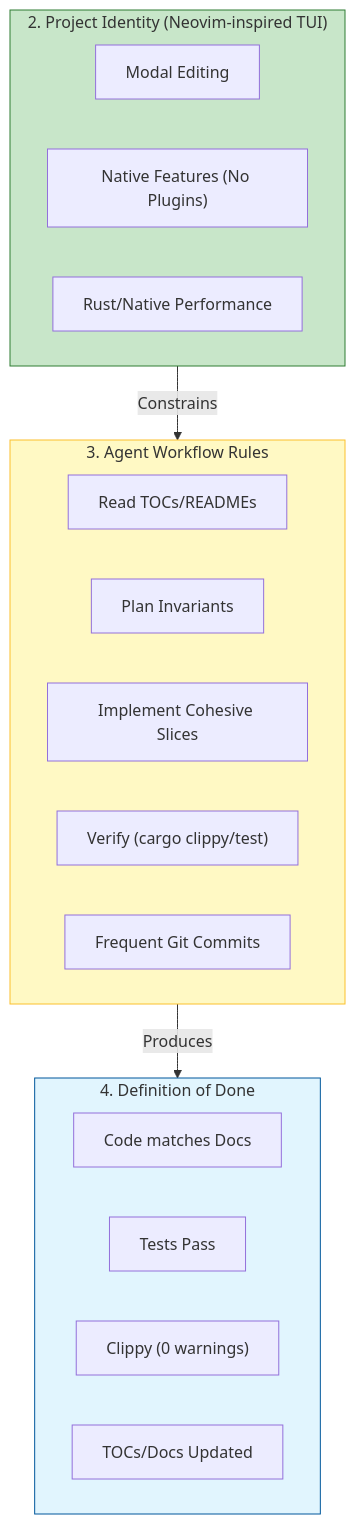
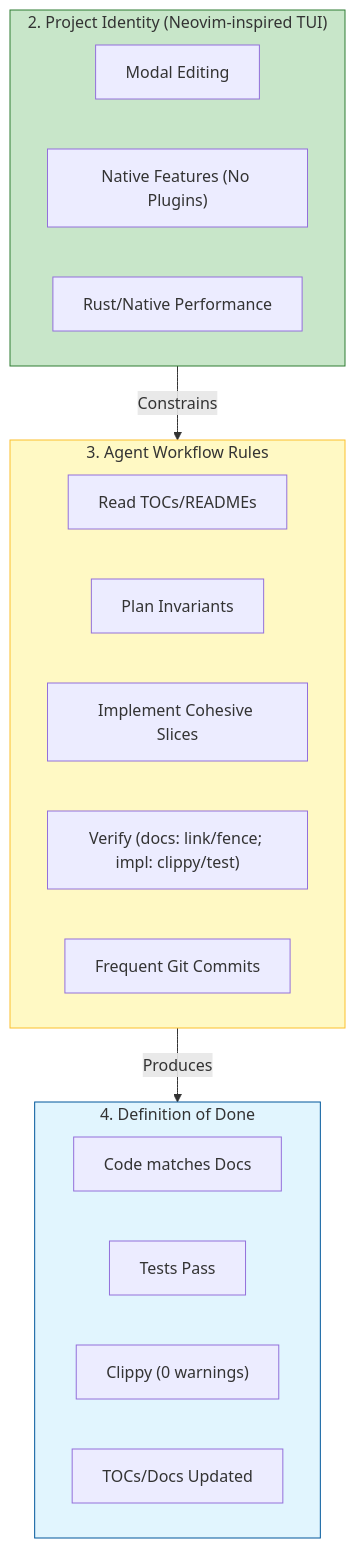
One commit to lkjsxc/kjxlkj changed the diagram in docs/policy/WORKFLOW.md. Above: the diagram before and after it, drawn with Mermaid. The commit also changed 6 other files, not shown here.

````diff
--- a/docs/policy/WORKFLOW.md
+++ b/docs/policy/WORKFLOW.md
@@ -6,32 +6,32 @@
 ```mermaid
 graph TD
     subgraph Identity ["2. Project Identity (Neovim-inspired TUI)"]
         Modal["Modal Editing"]
         Native["Native Features (No Plugins)"]
         Rust["Rust/Native Performance"]
     end
 
     subgraph Rules ["3. Agent Workflow Rules"]
         Read["Read TOCs/READMEs"]
         Plan["Plan Invariants"]
         Slice["Implement Cohesive Slices"]
-        Verify["Verify (cargo clippy/test)"]
+        Verify["Verify (docs: link/fence; impl: clippy/test)"]
         Commit["Frequent Git Commits"]
     end
 
     subgraph DoD ["4. Definition of Done"]
         DocMatch["Code matches Docs"]
         TestsPass["Tests Pass"]
         ClippyPass["Clippy (0 warnings)"]
         DocsUpdated["TOCs/Docs Updated"]
     end
 
     Identity -->|Constrains| Rules
     Rules -->|Produces| DoD
 
     %% Styling
     style Identity fill:#c8e6c9,stroke:#2e7d32
     style Rules fill:#fff9c4,stroke:#fbc02d
     style DoD fill:#e1f5fe,stroke:#01579b
 
 ```
````
